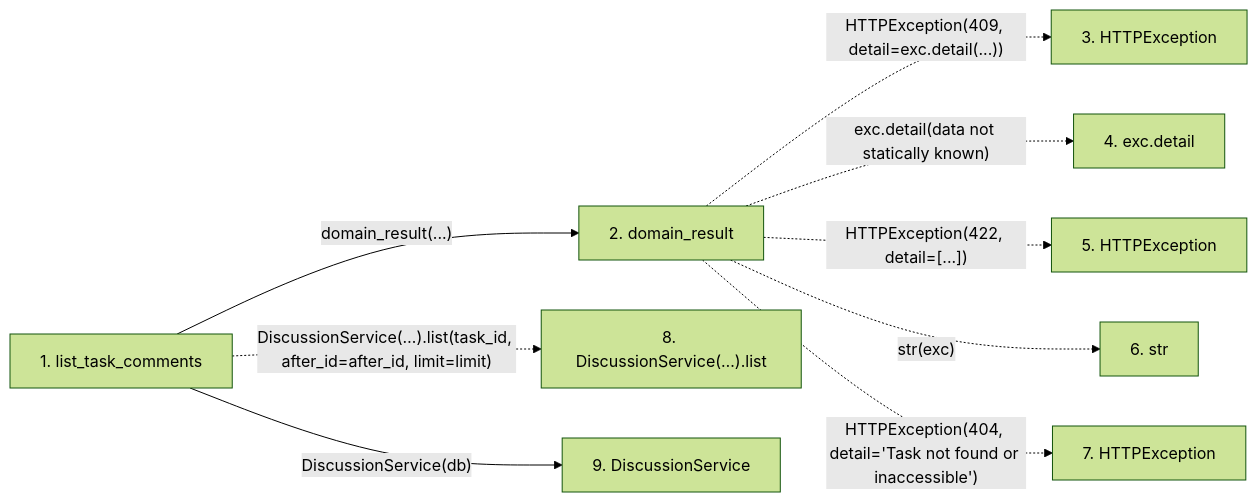
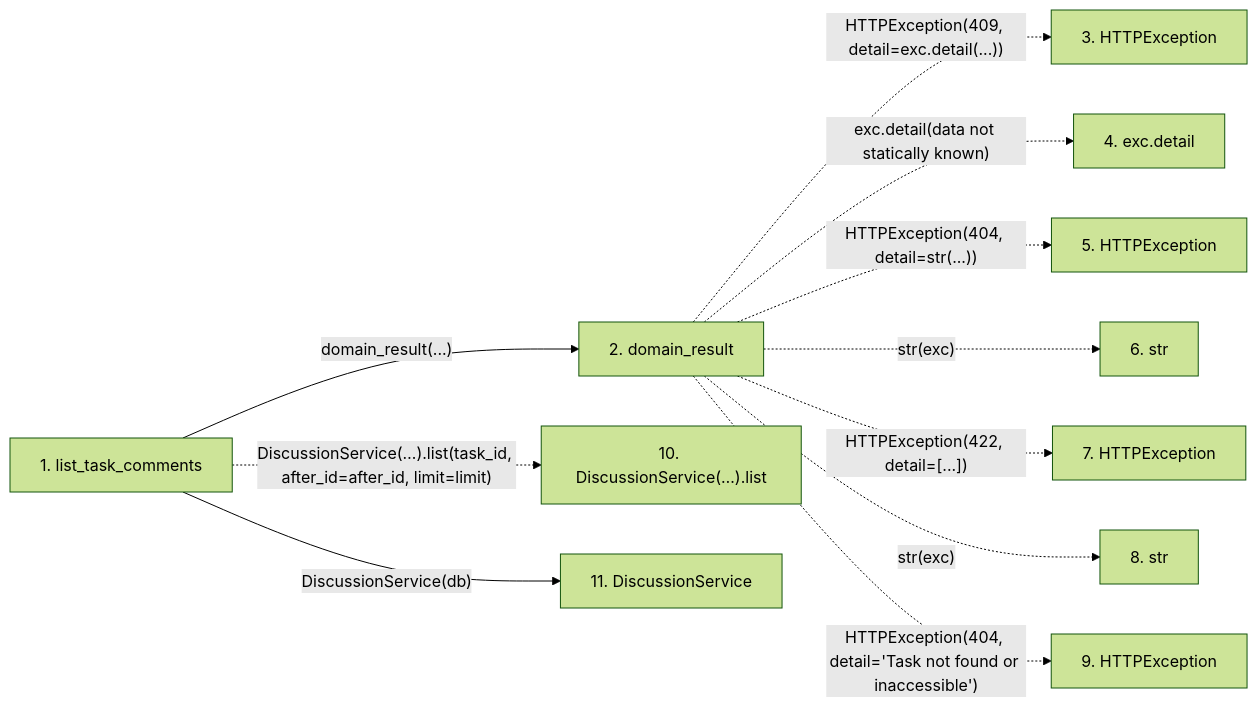
Before and after one commit to Denissvgn/WorkChord: the second of 2 diagrams in docs/llm_wiki/flows/http-list_task_comments.md, drawn with Mermaid (forest theme). The commit also changed other lines of this file and 6624 other files, not shown here.

````diff
--- a/docs/llm_wiki/flows/http-list_task_comments.md
+++ b/docs/llm_wiki/flows/http-list_task_comments.md
@@ -32,23 +34,27 @@
 ```mermaid
 flowchart LR
     s1["1. list_task_comments"]
     s2["2. domain_result"]
     s3["3. HTTPException"]
     s4["4. exc.detail"]
     s5["5. HTTPException"]
     s6["6. str"]
     s7["7. HTTPException"]
-    s8["8. DiscussionService(…).list"]
-    s9["9. DiscussionService"]
+    s8["8. str"]
+    s9["9. HTTPException"]
+    s10["10. DiscussionService(…).list"]
+    s11["11. DiscussionService"]
     s1 -->|"domain_result(...)"| s2
     s2 -. "HTTPException(409, detail=exc.detail(...))" .-> s3
     s2 -. "exc.detail(data not statically known)" .-> s4
-    s2 -. "HTTPException(422, detail=[...])" .-> s5
+    s2 -. "HTTPException(404, detail=str(...))" .-> s5
     s2 -. "str(exc)" .-> s6
-    s2 -. "HTTPException(404, detail='Task not found or inaccessible')" .-> s7
-    s1 -. "DiscussionService(…).list(task_id, after_id=after_id, limit=limit)" .-> s8
-    s1 -->|"DiscussionService(db)"| s9
+    s2 -. "HTTPException(422, detail=[...])" .-> s7
+    s2 -. "str(exc)" .-> s8
+    s2 -. "HTTPException(404, detail='Task not found or inaccessible')" .-> s9
+    s1 -. "DiscussionService(…).list(task_id, after_id=after_id, limit=limit)" .-> s10
+    s1 -->|"DiscussionService(db)"| s11
     click s1 "../modules/routers_discussion.md"
     click s2 "../modules/routers_task_domain.md"
-    click s9 "../modules/discussion_service.md"
+    click s11 "../modules/discussion_service.md"
 ```
````
